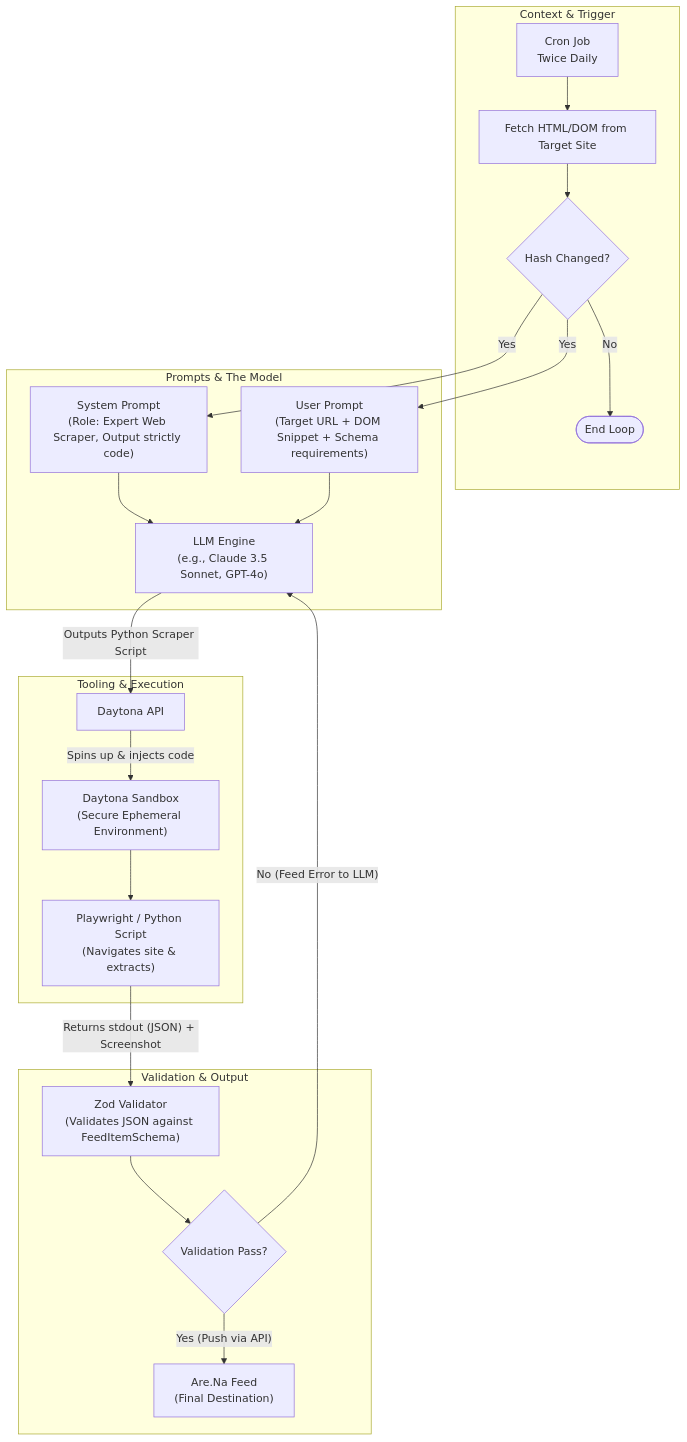
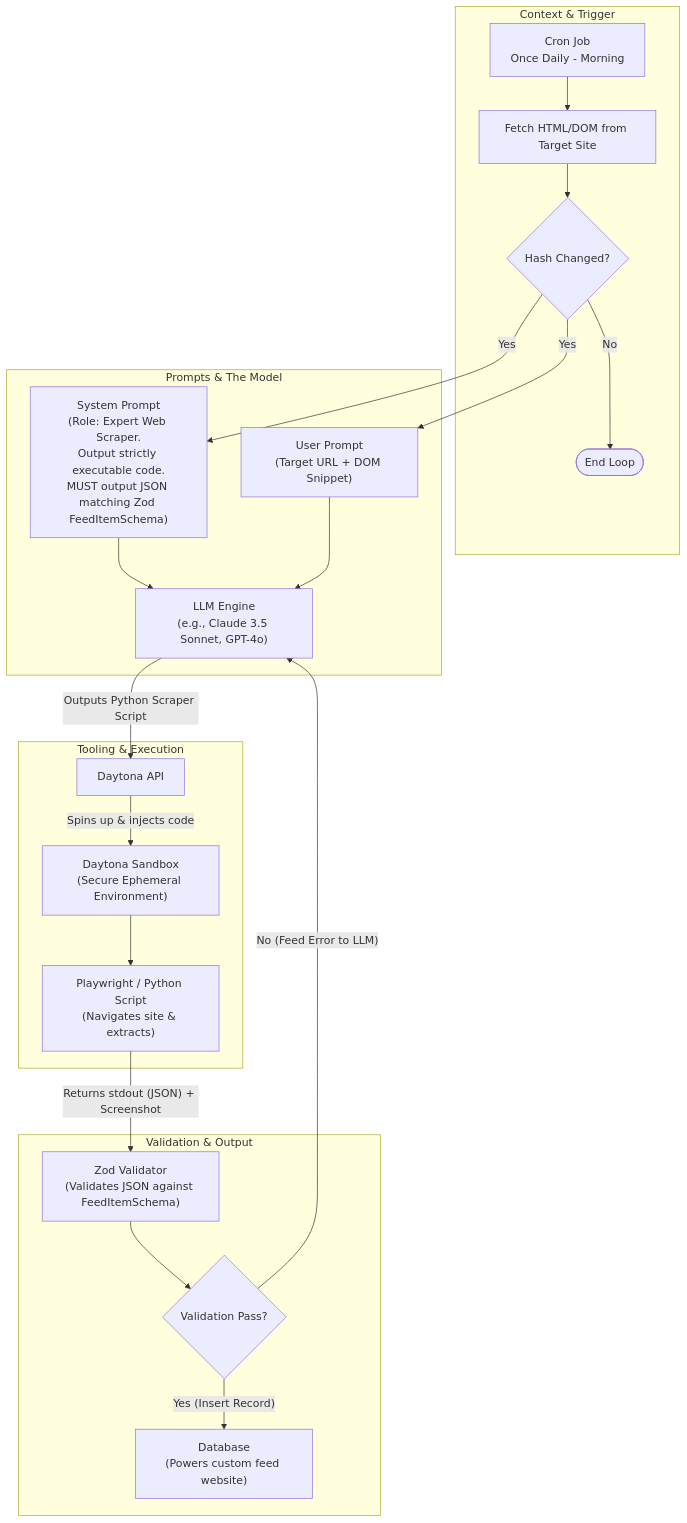
Before and after one commit to thenoorani/Agnostic_Feed-Daytona-Hackathon-: the diagram in docs/04-Agent.md, drawn with Mermaid. The commit also changed other lines of this file and 4 other files, not shown here.

Commit message:
docs: pivot from Are.Na to database-backed custom feed, update agent flow

````diff
--- a/docs/04-Agent.md
+++ b/docs/04-Agent.md
@@ -9,44 +9,44 @@
 ```mermaid
 graph TD
     subgraph Context & Trigger
-        A[Cron Job<br/>Twice Daily]
+        A[Cron Job<br/>Once Daily - Morning]
         B[Fetch HTML/DOM from Target Site]
         C{Hash Changed?}
         
         A --> B
         B --> C
         C -- No --> Exit([End Loop])
     end
 
     subgraph Prompts & The Model
-        P1["System Prompt<br/>(Role: Expert Web Scraper, Output strictly code)"]
-        P2["User Prompt<br/>(Target URL + DOM Snippet + Schema requirements)"]
+        P1["System Prompt<br/>(Role: Expert Web Scraper.<br/>Output strictly executable code.<br/>MUST output JSON matching Zod FeedItemSchema)"]
+        P2["User Prompt<br/>(Target URL + DOM Snippet)"]
         M["LLM Engine<br/>(e.g., Claude 3.5 Sonnet, GPT-4o)"]
         
         C -- Yes --> P1
         C -- Yes --> P2
         P1 --> M
         P2 --> M
     end
 
     subgraph Tooling & Execution
         D["Daytona API"]
         S["Daytona Sandbox<br/>(Secure Ephemeral Environment)"]
         E["Playwright / Python Script<br/>(Navigates site & extracts)"]
         
         M -- "Outputs Python Scraper Script" --> D
         D -- "Spins up & injects code" --> S
         S --> E
     end
 
     subgraph Validation & Output
         Z["Zod Validator<br/>(Validates JSON against FeedItemSchema)"]
         H{"Validation Pass?"}
-        F["Are.Na Feed<br/>(Final Destination)"]
+        F["Database<br/>(Powers custom feed website)"]
         
         E -- "Returns stdout (JSON) + Screenshot" --> Z
         Z --> H
-        H -- "Yes (Push via API)" --> F
+        H -- "Yes (Insert Record)" --> F
         H -- "No (Feed Error to LLM)" --> M
     end
 ```
````
